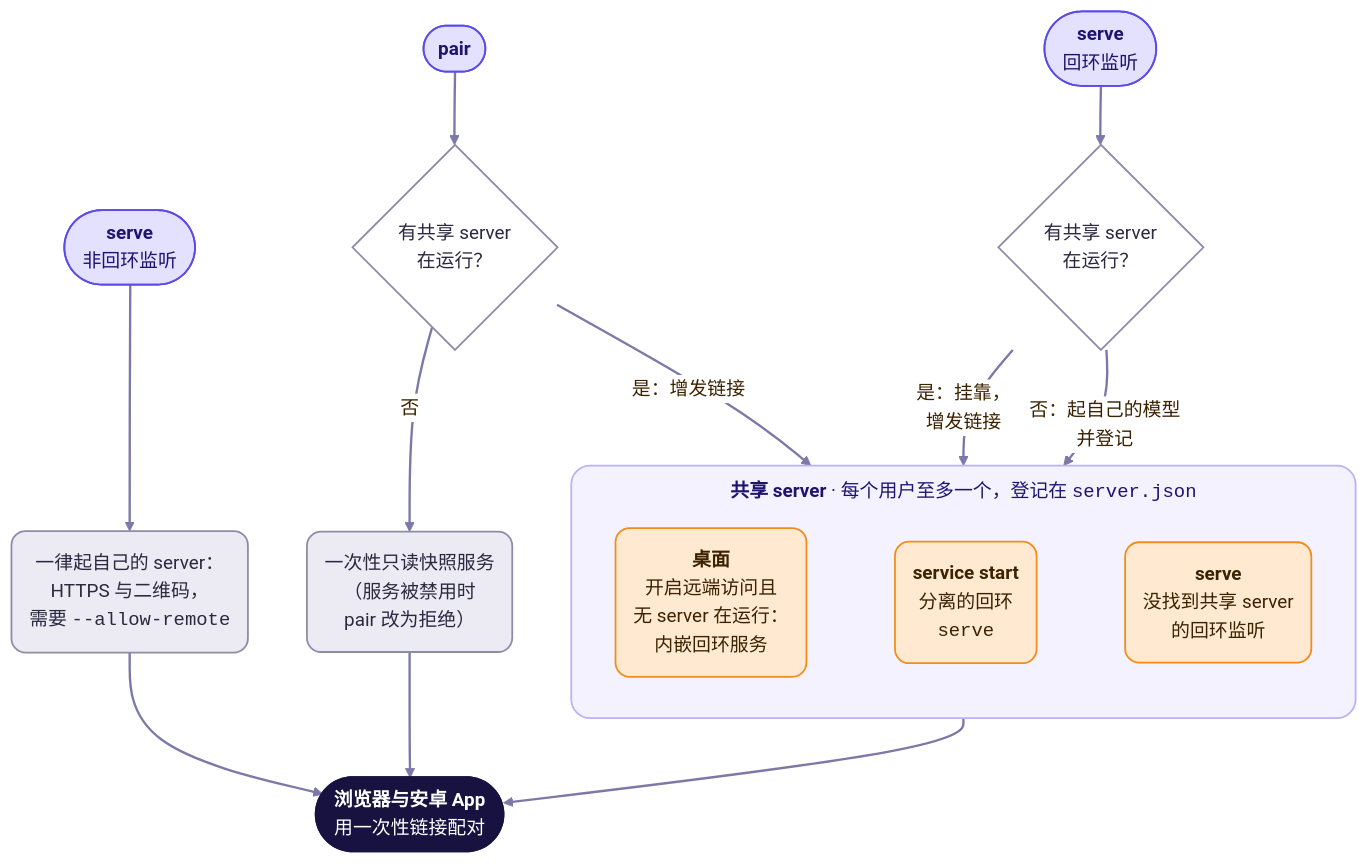
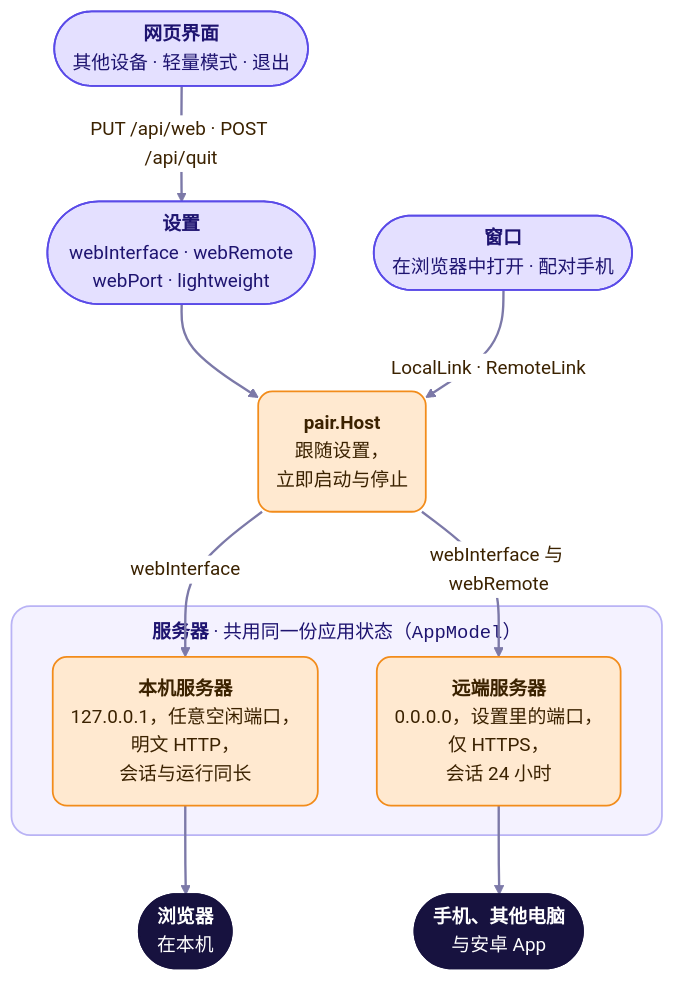
Before and after one commit to version-fox/vfox-plus: the third of 5 diagrams in docs/zh-CN/dev/architecture.md, drawn with Mermaid. The commit also changed other lines of this file and 203 other files, not shown here.

First line of the commit message:
Make vfox+ a GUI-only application, with the web interface, the lightweight mode and an icon in the tray as settings (#51)

````diff
--- a/docs/zh-CN/dev/architecture.md
+++ b/docs/zh-CN/dev/architecture.md
@@ -273,53 +281,45 @@
 ```mermaid
 ---
 config:
   theme: base
   themeVariables:
     fontFamily: "system-ui, -apple-system, 'Segoe UI', 'Noto Sans', 'Noto Sans CJK SC', 'PingFang SC', 'Microsoft YaHei', sans-serif"
     lineColor: "#7C79A8"
     primaryColor: "#FFE9D0"
     primaryBorderColor: "#F28C1B"
     primaryTextColor: "#3B2200"
     clusterBkg: "#F4F2FF"
     clusterBorder: "#B9B3F5"
     titleColor: "#1E1470"
     edgeLabelBackground: "#FFFFFF"
   flowchart:
     curve: basis
     wrappingWidth: 320
     subGraphTitleMargin:
       top: 10
       bottom: 8
 ---
 flowchart TB
-    accTitle: pair 与 serve 由哪个 server 应答
-    accDescr: 有共享 server 在运行时，pair 与回环 serve 都用它；没有时，pair 起只读快照服务，serve 起自己的模型并成为共享 server，桌面与 service start 也是如此。监听其它网卡的 serve 一律起自己的 HTTPS 服务。浏览器与安卓 App 与应答的 server 配对。
-    pair(["<b>pair</b>"]) --> q1{"有共享 server<br/>在运行？"}
-    srv(["<b>serve</b><br/>回环监听"]) --> q2{"有共享 server<br/>在运行？"}
-    rem(["<b>serve</b><br/>非回环监听"]) --> own("一律起自己的 server：<br/>HTTPS 与二维码，<br/>需要 <code>--allow-remote</code>")
-    subgraph shared["<b>共享 server</b> · 每个用户至多一个，登记在 <code>server.json</code>"]
-        direction LR
-        d("<b>桌面</b><br/>开启远端访问且<br/>无 server 在运行：<br/>内嵌回环服务") ~~~ s("<b>service start</b><br/>分离的回环<br/><code>serve</code>") ~~~ l("<b>serve</b><br/>没找到共享 server<br/>的回环监听")
+    accTitle: 设置如何决定运行哪些服务器
+    accDescr: Host 读取设置 webInterface、webRemote、webPort 与 lightweight。webInterface 开启时，它为本机浏览器运行一个回环服务器；webRemote 也开启时，再为手机与其他电脑运行第二个 HTTPS 服务器。两个服务器共用同一份应用状态。窗口为两者生成链接，网页界面的页面则修改设置。
+    set(["<b>设置</b><br/>webInterface · webRemote<br/>webPort · lightweight"]) --> host("<b>pair.Host</b><br/>跟随设置，<br/>立即启动与停止")
+    subgraph servers["<b>服务器</b> · 共用同一份应用状态（<code>AppModel</code>）"]
+        loc("<b>本机服务器</b><br/>127.0.0.1，任意空闲端口，<br/>明文 HTTP，<br/>会话与运行同长")
+        rem("<b>远端服务器</b><br/>0.0.0.0，设置里的端口，<br/>仅 HTTPS，<br/>会话 24 小时")
     end
-    q1 -->|"是：增发链接"| shared
-    q2 -->|"是：挂靠，<br/>增发链接"| shared
-    q2 -->|"否：起自己的模型<br/>并登记"| shared
-    q1 -->|否| snap("一次性只读快照服务<br/>（服务被禁用时<br/>pair 改为拒绝）")
-    fe(["<b>浏览器与安卓 App</b><br/>用一次性链接配对"])
-    shared --> fe
-    own --> fe
-    snap --> fe
+    host -->|webInterface| loc
+    host -->|"webInterface 与 webRemote"| rem
+    loc --> b1(["<b>浏览器</b><br/>在本机"])
+    rem --> b2(["<b>手机、其他电脑</b><br/>与安卓 App"])
+    win(["<b>窗口</b><br/>在浏览器中打开 · 配对手机"]) -->|"LocalLink · RemoteLink"| host
+    web(["<b>网页界面</b><br/>其他设备 · 轻量模式 · 退出"]) -->|"PUT /api/web · POST /api/quit"| set
 
-    classDef cmd fill:#E4E0FF,stroke:#5A4BE8,color:#1E1470,stroke-width:1.5px
-    classDef ask fill:#FFFFFF,stroke:#8E8BA8,color:#2B2840,stroke-width:1.5px
-    classDef owner fill:#FFE9D0,stroke:#F28C1B,color:#3B2200,stroke-width:1.5px,rx:12,ry:12
-    classDef alone fill:#ECEBF3,stroke:#8E8BA8,color:#2B2840,stroke-width:1.5px,rx:12,ry:12
+    classDef cfg fill:#E4E0FF,stroke:#5A4BE8,color:#1E1470,stroke-width:1.5px
+    classDef own fill:#FFE9D0,stroke:#F28C1B,color:#3B2200,stroke-width:1.5px,rx:12,ry:12
     classDef client fill:#17123F,stroke:#17123F,color:#FFFFFF,stroke-width:1.5px
-    class pair,srv,rem cmd
-    class q1,q2 ask
-    class d,s,l owner
-    class own,snap alone
-    class fe client
-    style shared fill:#F4F2FF,stroke:#B9B3F5,stroke-width:1.5px,rx:16,ry:16
+    class set,win,web cfg
+    class host,loc,rem own
+    class b1,b2 client
+    style servers fill:#F4F2FF,stroke:#B9B3F5,stroke-width:1.5px,rx:16,ry:16
     linkStyle default stroke-width:2px
 ```
````
